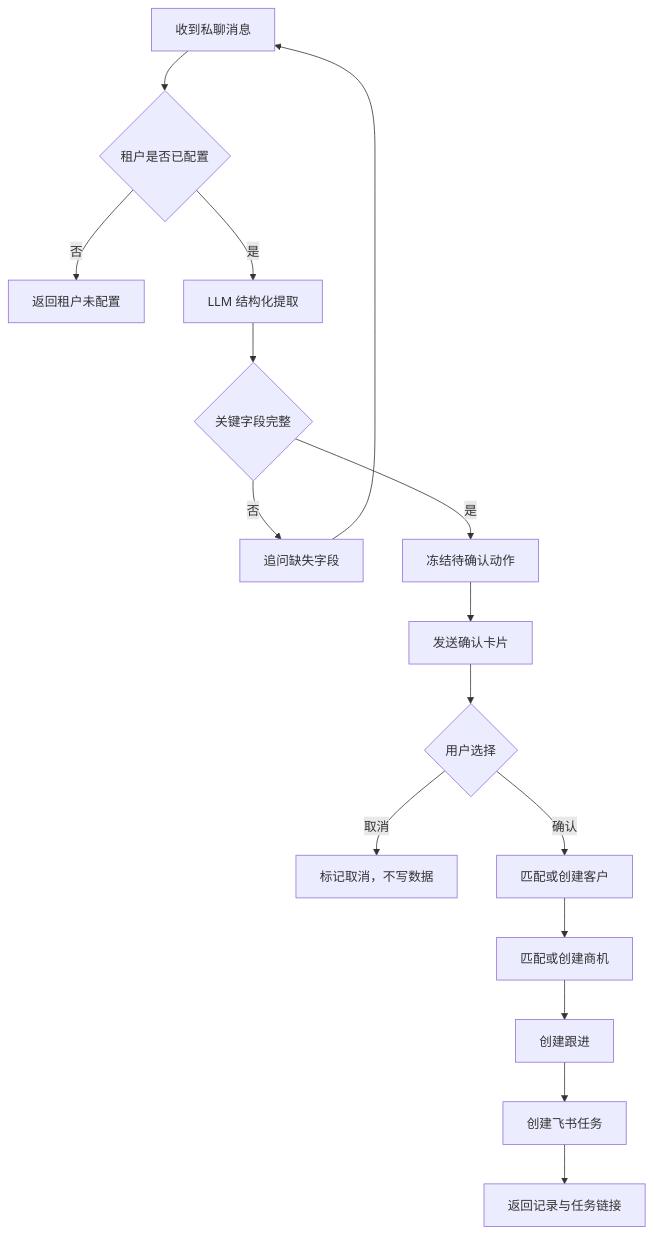
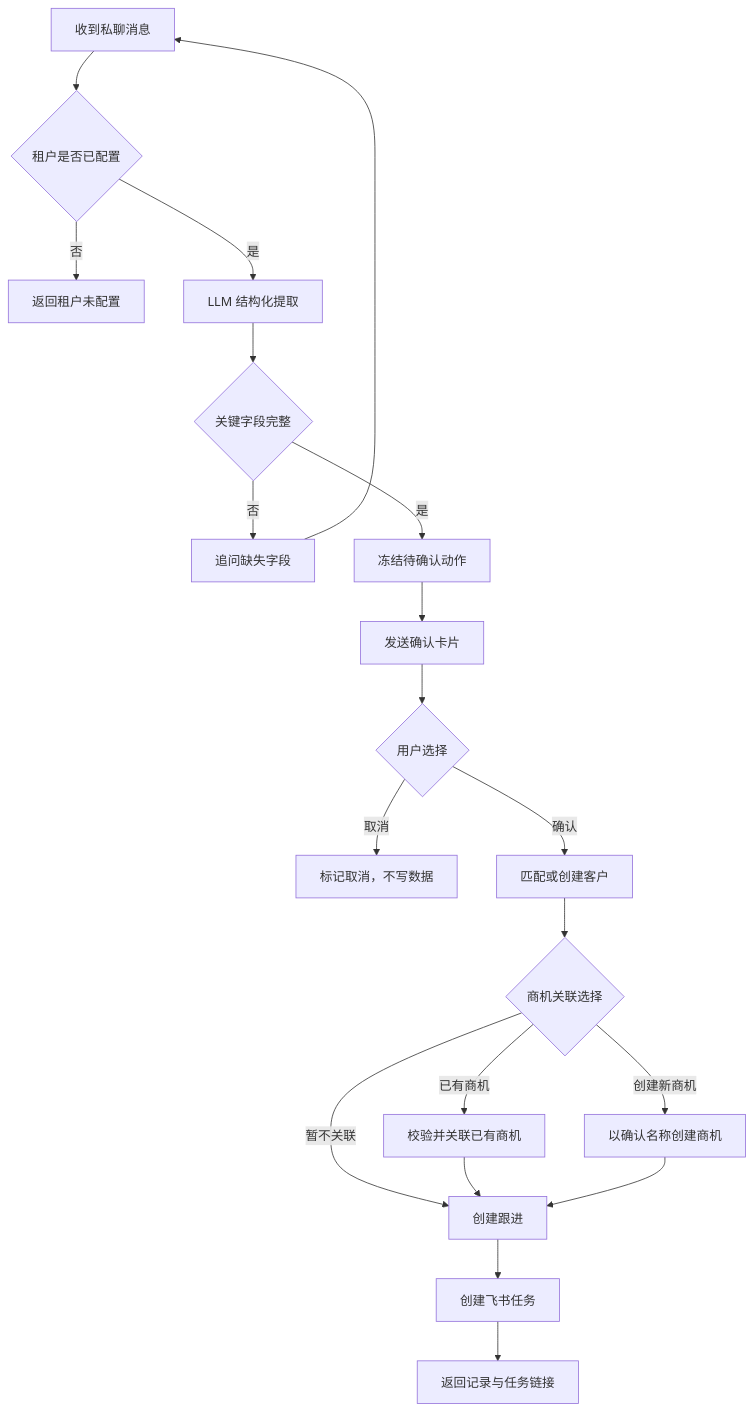
One commit to yu9999-byte/feishu-sales-agent changed the second of 3 diagrams in docs/business-architecture.md. Above: the diagram before and after it, drawn with Mermaid. The commit also changed other lines of this file and 27 other files, not shown here.

````diff
--- a/docs/business-architecture.md
+++ b/docs/business-architecture.md
@@ -89,18 +89,22 @@
 ```mermaid
 flowchart TD
     Message[收到私聊消息] --> Tenant{租户是否已配置}
     Tenant -- 否 --> ConfigError[返回租户未配置]
     Tenant -- 是 --> Parse[LLM 结构化提取]
     Parse --> Validate{关键字段完整}
     Validate -- 否 --> Ask[追问缺失字段]
     Ask --> Message
     Validate -- 是 --> Draft[冻结待确认动作]
     Draft --> Card[发送确认卡片]
     Card --> Decision{用户选择}
     Decision -- 取消 --> Cancel[标记取消，不写数据]
     Decision -- 确认 --> UpsertCustomer[匹配或创建客户]
-    UpsertCustomer --> UpsertOpportunity[匹配或创建商机]
-    UpsertOpportunity --> CreateFollowup[创建跟进]
+    UpsertCustomer --> OpportunityChoice{商机关联选择}
+    OpportunityChoice -- 暂不关联 --> CreateFollowup[创建跟进]
+    OpportunityChoice -- 已有商机 --> LinkOpportunity[校验并关联已有商机]
+    OpportunityChoice -- 创建新商机 --> UpsertOpportunity[以确认名称创建商机]
+    LinkOpportunity --> CreateFollowup
+    UpsertOpportunity --> CreateFollowup
     CreateFollowup --> CreateTask[创建飞书任务]
     CreateTask --> Success[返回记录与任务链接]
 ```
````
